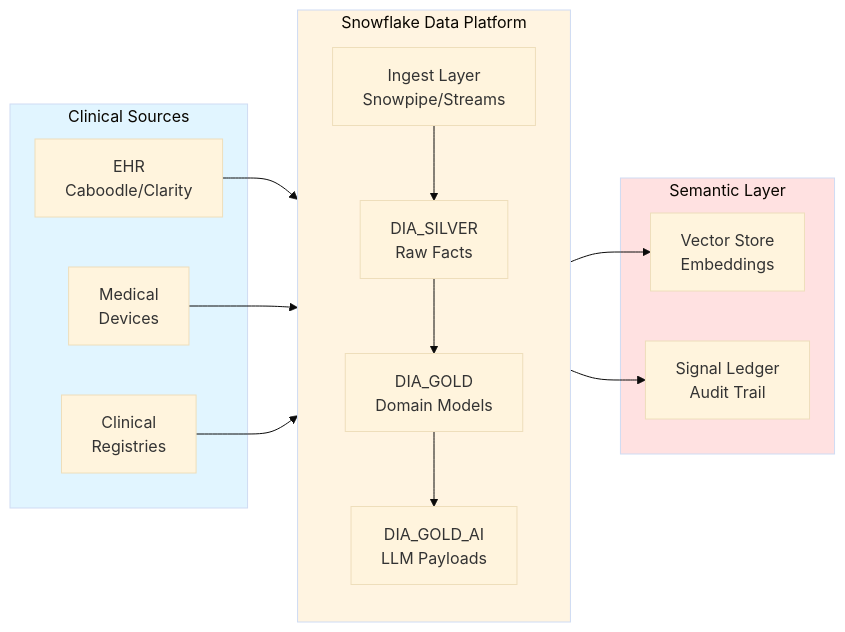
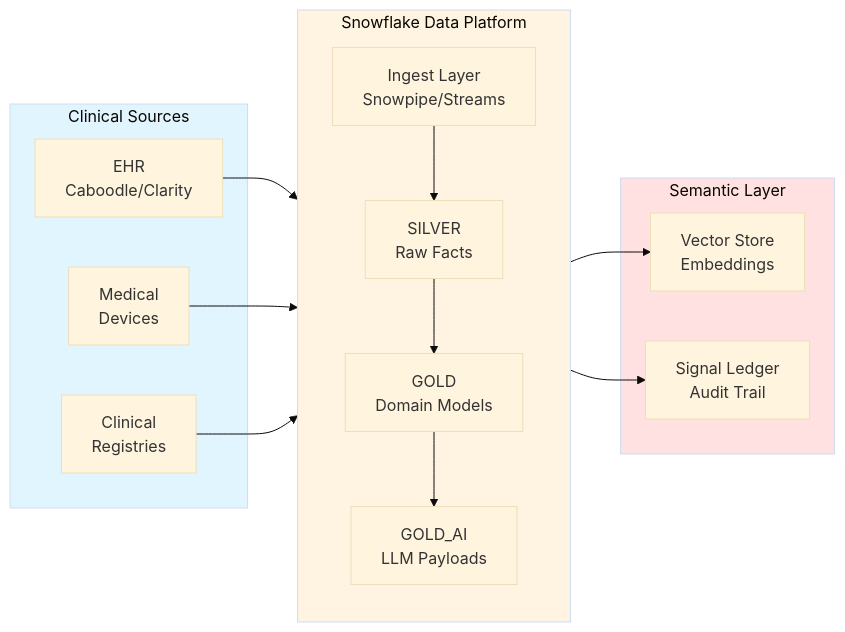
Before and after one commit to reachosen/Model-Forward-Clinical-Abstraction-Platform: the third of 4 diagrams in README.md, drawn with Mermaid (base theme). The commit also changed other lines of this file, not shown here.

First line of the commit message:
Remove DIA prefix from database layers for generic naming

````diff
--- a/README.md
+++ b/README.md
@@ -129,35 +129,35 @@
 ```mermaid
 flowchart LR
     subgraph Sources["Clinical Sources"]
         EHR[EHR<br/>Caboodle/Clarity]
         Devices[Medical<br/>Devices]
         Registries[Clinical<br/>Registries]
     end
 
     subgraph Snowflake["Snowflake Data Platform"]
         direction TB
         Ingest[Ingest Layer<br/>Snowpipe/Streams]
-        Silver[DIA_SILVER<br/>Raw Facts]
-        Gold[DIA_GOLD<br/>Domain Models]
-        GoldAI[DIA_GOLD_AI<br/>LLM Payloads]
+        Silver[SILVER<br/>Raw Facts]
+        Gold[GOLD<br/>Domain Models]
+        GoldAI[GOLD_AI<br/>LLM Payloads]
 
         Ingest --> Silver
         Silver --> Gold
         Gold --> GoldAI
     end
 
     subgraph Storage["Semantic Layer"]
         Vec[Vector Store<br/>Embeddings]
         Ledger[Signal Ledger<br/>Audit Trail]
     end
 
     EHR --> Ingest
     Devices --> Ingest
     Registries --> Ingest
     GoldAI --> Vec
     GoldAI --> Ledger
 
     style Sources fill:#e1f5ff
     style Snowflake fill:#fff4e1
     style Storage fill:#ffe1e1
 ```
````
